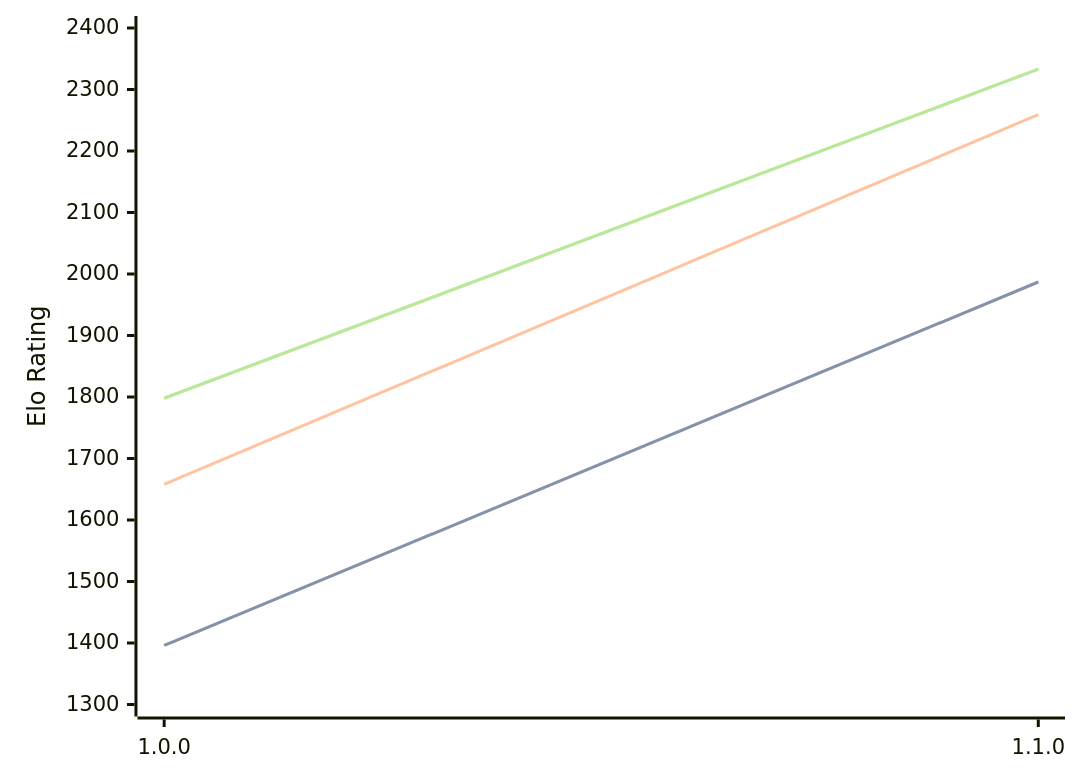
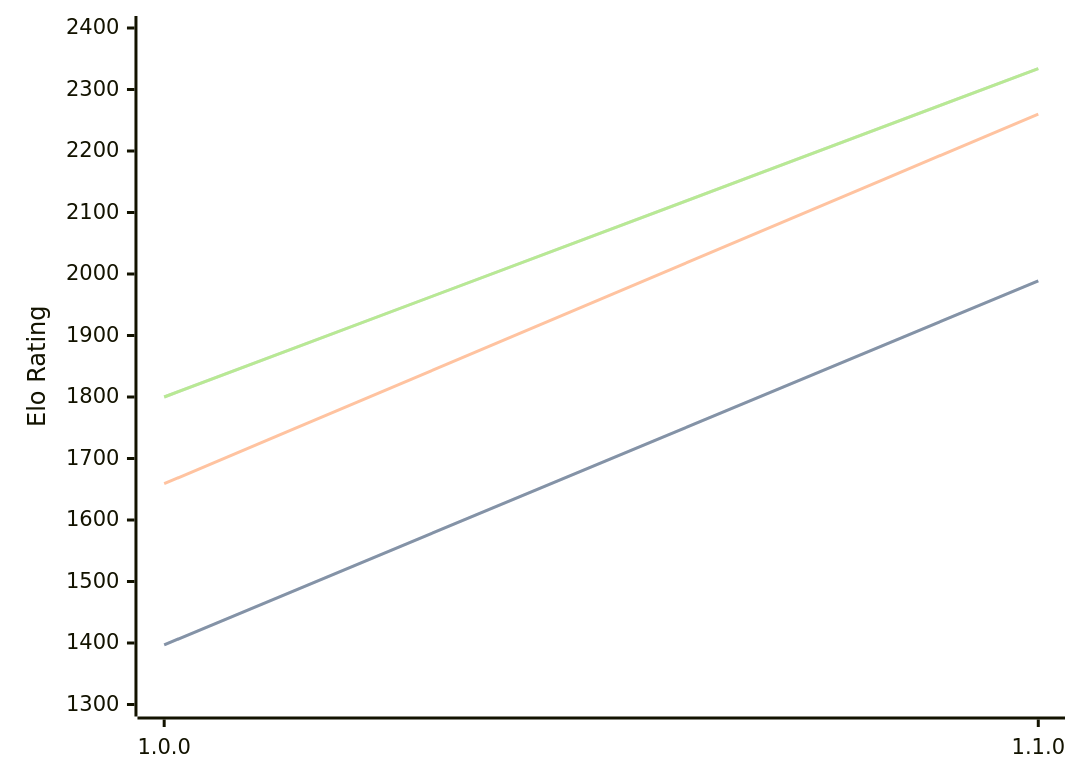
The diagram in engines/Akerbeltz.md (computer-chess-index/cci), drawn with Mermaid before and after one commit. The commit also changed other lines of this file, not shown here.

Commit message:
Update CCI Ratings (ELO VLTC) - 2026-05-16

````diff
--- a/engines/Akerbeltz.md
+++ b/engines/Akerbeltz.md
@@ -32,11 +32,11 @@
 ```mermaid
 %%{init: {"theme":"base","themeVariables":{"seriesColors:['#a3a3a3','#222221','#faa371']}}}%%
 xychart-beta
   x-axis ["1.0.0", "1.1.0"]
   y-axis "Elo Rating" 1300 --> 2400
-  line "STC (8.0+0.08s)" [1396, 1987]
-  line "STC (8.0+0.08s)" [1396, 1987]
-  line "LTC (60.0+0.60s)" [1658, 2259]
-  line "VLTC (2m24s+1.12s)" [1798, 2333]
-  line "VLTC (2m24s+1.12s)" [1798, 2333]
+  line "STC (8.0+0.08s)" [1397, 1989]
+  line "STC (8.0+0.08s)" [1397, 1989]
+  line "LTC (60.0+0.60s)" [1659, 2260]
+  line "VLTC (2m24s+1.12s)" [1800, 2334]
+  line "VLTC (2m24s+1.12s)" [1800, 2334]
 ```
````
